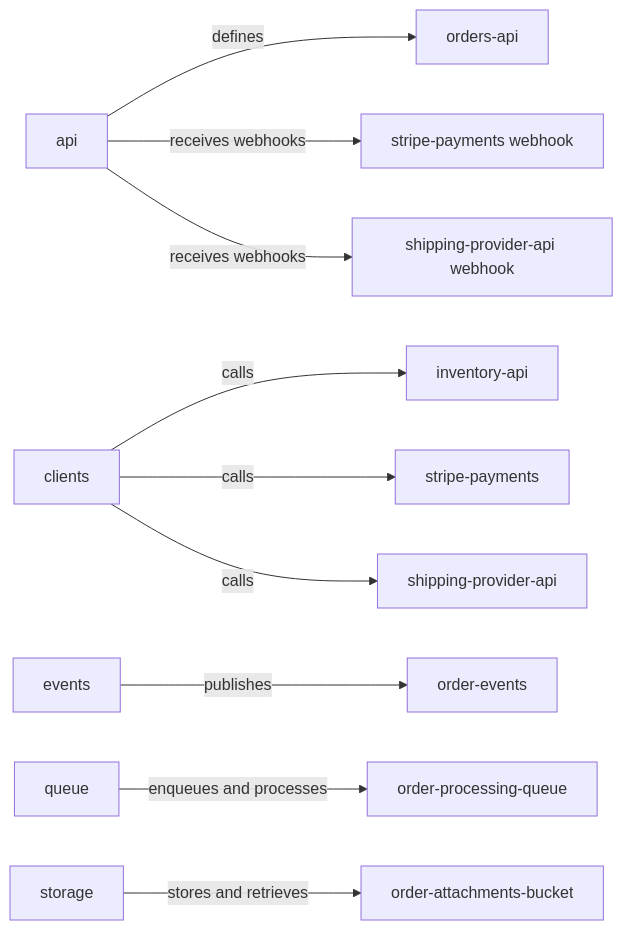
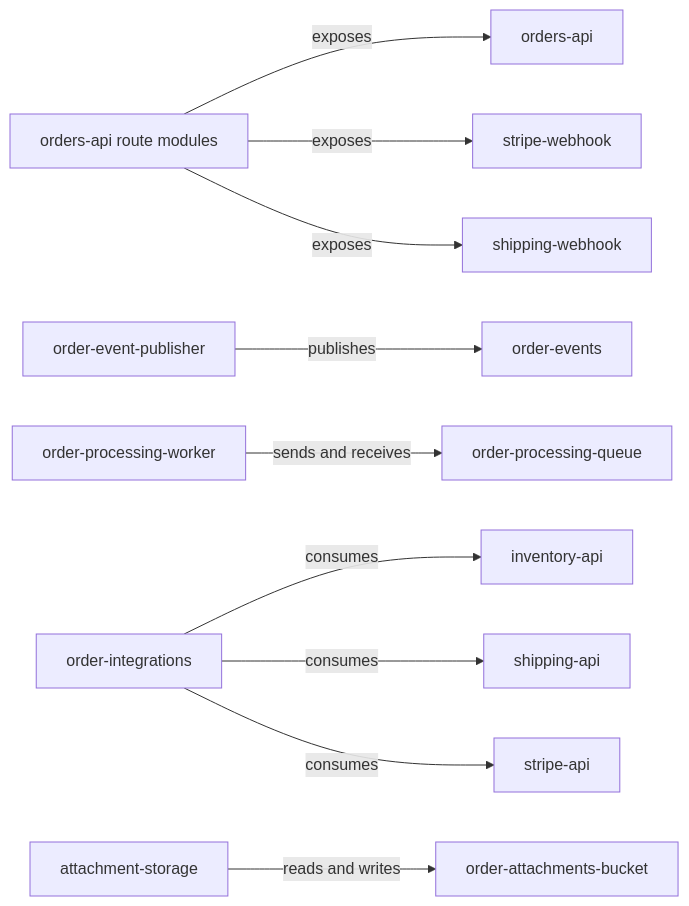
Before and after one commit to industrial-curiosity/panopticon-test: the diagram in docs/panopticon-test-child-b/architecture.md, drawn with Mermaid. The commit also changed other lines of this file and 16 other files, not shown here.

````diff
--- a/docs/panopticon-test-child-b/architecture.md
+++ b/docs/panopticon-test-child-b/architecture.md
@@ -19,12 +23,18 @@
 ```mermaid
 flowchart LR
-  API[api] -->|defines| OrdersAPI[orders-api]
-  API -->|receives webhooks| StripeWH[stripe-payments webhook]
-  API -->|receives webhooks| ShippingWH[shipping-provider-api webhook]
-  Clients[clients] -->|calls| InventoryAPI[inventory-api]
-  Clients -->|calls| StripeREST[stripe-payments]
-  Clients -->|calls| ShippingREST[shipping-provider-api]
-  Events[events] -->|publishes| OrderEvents[order-events]
-  Queue[queue] -->|enqueues and processes| OrderQueue[order-processing-queue]
-  Storage[storage] -->|stores and retrieves| Attachments[order-attachments-bucket]
+  api[orders-api route modules]
+  events[order-event-publisher]
+  worker[order-processing-worker]
+  integrations[order-integrations]
+  storage[attachment-storage]
+
+  api -->|exposes| orders[orders-api]
+  api -->|exposes| stripeHook[stripe-webhook]
+  api -->|exposes| shippingHook[shipping-webhook]
+  events -->|publishes| kafka[order-events]
+  worker -->|sends and receives| queue[order-processing-queue]
+  integrations -->|consumes| inventory[inventory-api]
+  integrations -->|consumes| shipping[shipping-api]
+  integrations -->|consumes| stripe[stripe-api]
+  storage -->|reads and writes| bucket[order-attachments-bucket]
 ```
````
